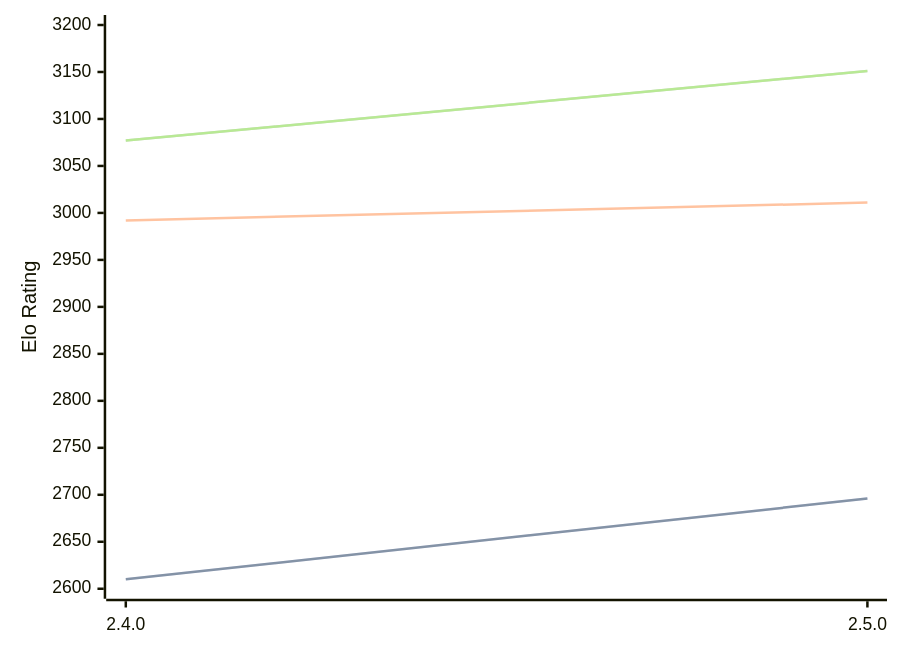
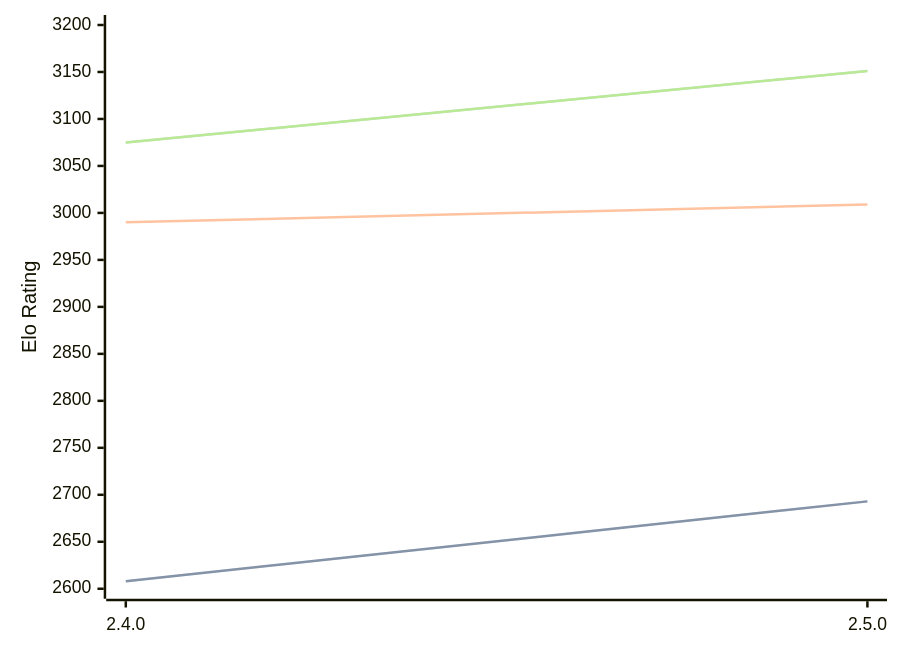
The diagram in engines/Sturddle2.md (computer-chess-index/cci), drawn with Mermaid before and after one commit. The commit also changed other lines of this file, not shown here.

Commit message:
Update CCI Ratings (ELO VLTC) - 2026-06-12

````diff
--- a/engines/Sturddle2.md
+++ b/engines/Sturddle2.md
@@ -37,11 +37,11 @@
 ```mermaid
 %%{init: {"theme":"base","themeVariables":{"seriesColors:['#a3a3a3','#222221','#faa371']}}}%%
 xychart-beta
   x-axis ["2.4.0", "2.5.0"]
   y-axis "Elo Rating" 2600 --> 3200
-  line "STC (8.0+0.08s)" [2610, 2696]
-  line "STC (8.0+0.08s)" [2610, 2696]
-  line "LTC (60.0+0.60s)" [2992, 3011]
-  line "VLTC (2m24s+1.12s)" [3077, 3151]
-  line "VLTC (2m24s+1.12s)" [3077, 3151]
+  line "STC (8.0+0.08s)" [2608, 2693]
+  line "STC (8.0+0.08s)" [2608, 2693]
+  line "LTC (60.0+0.60s)" [2990, 3009]
+  line "VLTC (2m24s+1.12s)" [3075, 3151]
+  line "VLTC (2m24s+1.12s)" [3075, 3151]
 ```
````
